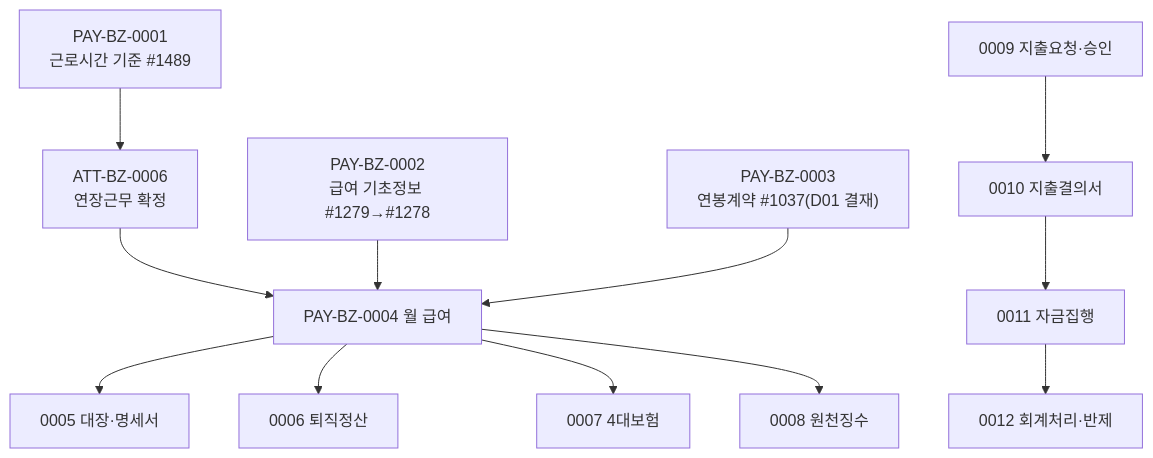
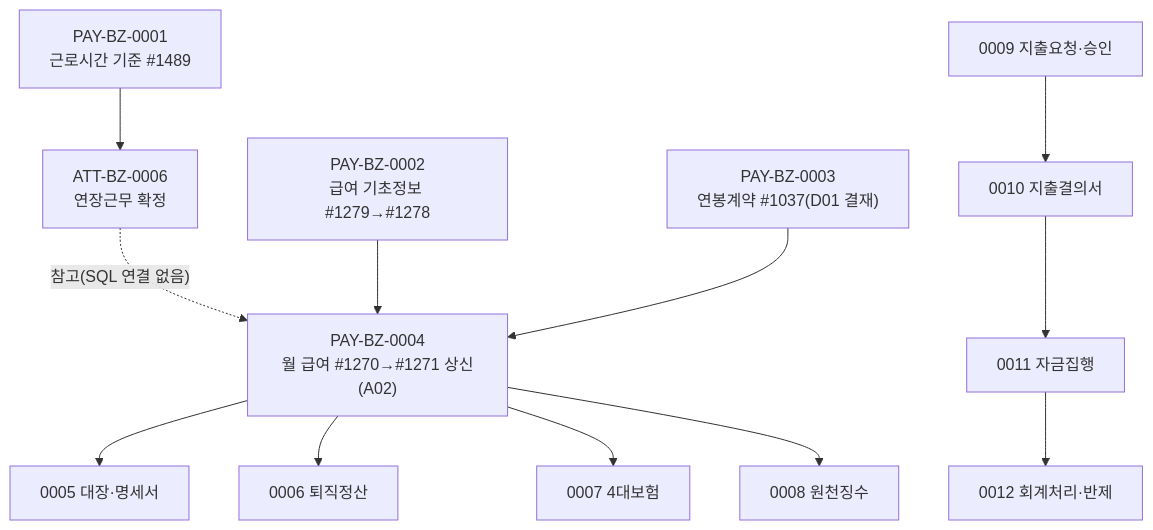
The diagram in AssetERP/docs/2-업무분석/biz-event/PAY/PAY-업무흐름.md (KimDoYoung/framework-sprt), drawn with Mermaid before and after one commit. The commit also changed other lines of this file and 13 other files, not shown here.

````diff
--- a/AssetERP/docs/2-업무분석/biz-event/PAY/PAY-업무흐름.md
+++ b/AssetERP/docs/2-업무분석/biz-event/PAY/PAY-업무흐름.md
@@ -5,19 +5,19 @@
 ```mermaid
 flowchart TD
     P1["PAY-BZ-0001<br/>근로시간 기준 #1489"]
     P2["PAY-BZ-0002<br/>급여 기초정보 #1279→#1278"]
     P3["PAY-BZ-0003<br/>연봉계약 #1037(D01 결재)"]
-    P4["PAY-BZ-0004 월 급여"]
+    P4["PAY-BZ-0004<br/>월 급여 #1270→#1271 상신(A02)"]
     P5["0005 대장·명세서"]
     P6["0006 퇴직정산"]
     P7["0007 4대보험"]
     P8["0008 원천징수"]
     ATT["ATT-BZ-0006<br/>연장근무 확정"]
     E9["0009 지출요청·승인"] --> E10["0010 지출결의서"] --> E11["0011 자금집행"] --> E12["0012 회계처리·반제"]
-    P1 --> ATT --> P4
+    P1 --> ATT -.참고(SQL 연결 없음).-> P4
     P2 --> P4
     P3 --> P4 --> P5
     P4 --> P6
     P4 --> P7
     P4 --> P8
 ```
````
